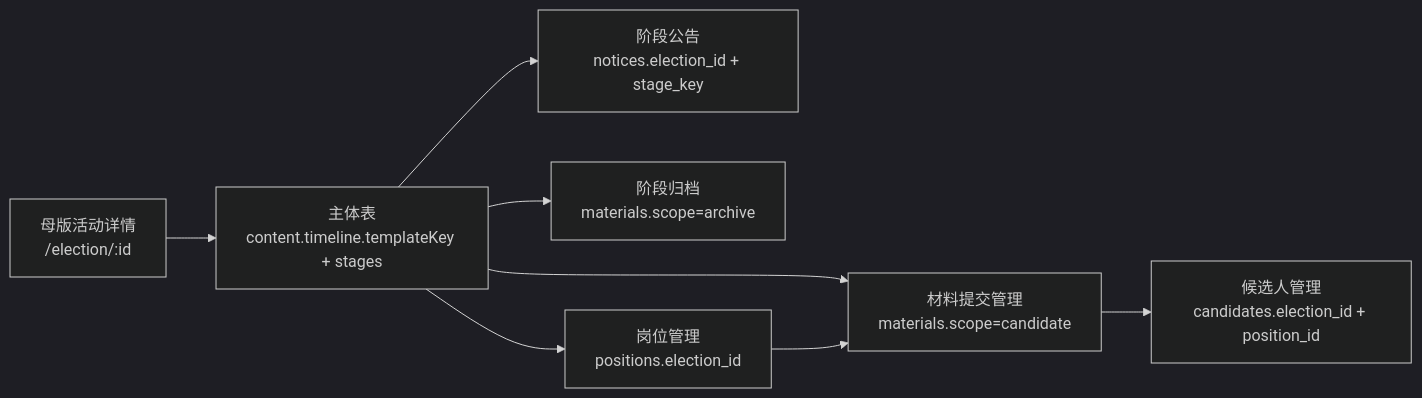
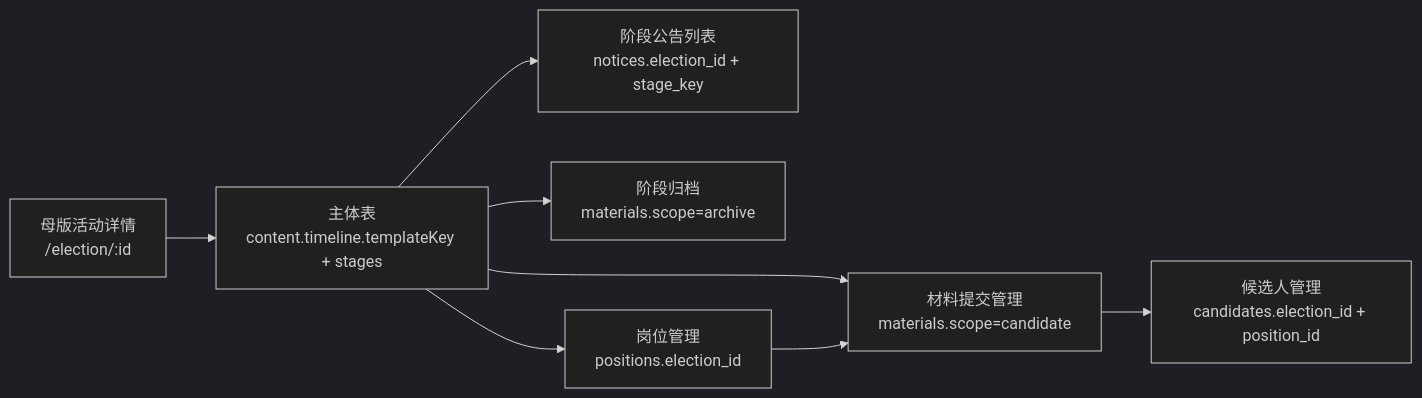
Before and after one commit to 4xiaxia/election-v2: the fourth of 5 diagrams in 副船长的航海接力日志/当前接力图.md, drawn with Mermaid (dark theme). The commit also changed other lines of this file and 4 other files, not shown here.

Commit message:
docs: mark stage notice collection flow

````diff
--- a/副船长的航海接力日志/当前接力图.md
+++ b/副船长的航海接力日志/当前接力图.md
@@ -53,10 +53,10 @@
 ```mermaid
 flowchart LR
     M[母版活动详情<br/>/election/:id] --> T[主体表<br/>content.timeline.templateKey + stages]
-    T --> N[阶段公告<br/>notices.election_id + stage_key]
+    T --> N[阶段公告列表<br/>notices.election_id + stage_key]
     T --> A[阶段归档<br/>materials.scope=archive]
     T --> MS[材料提交管理<br/>materials.scope=candidate]
     MS --> C[候选人管理<br/>candidates.election_id + position_id]
     T --> P[岗位管理<br/>positions.election_id]
     P --> MS
 ```
````
